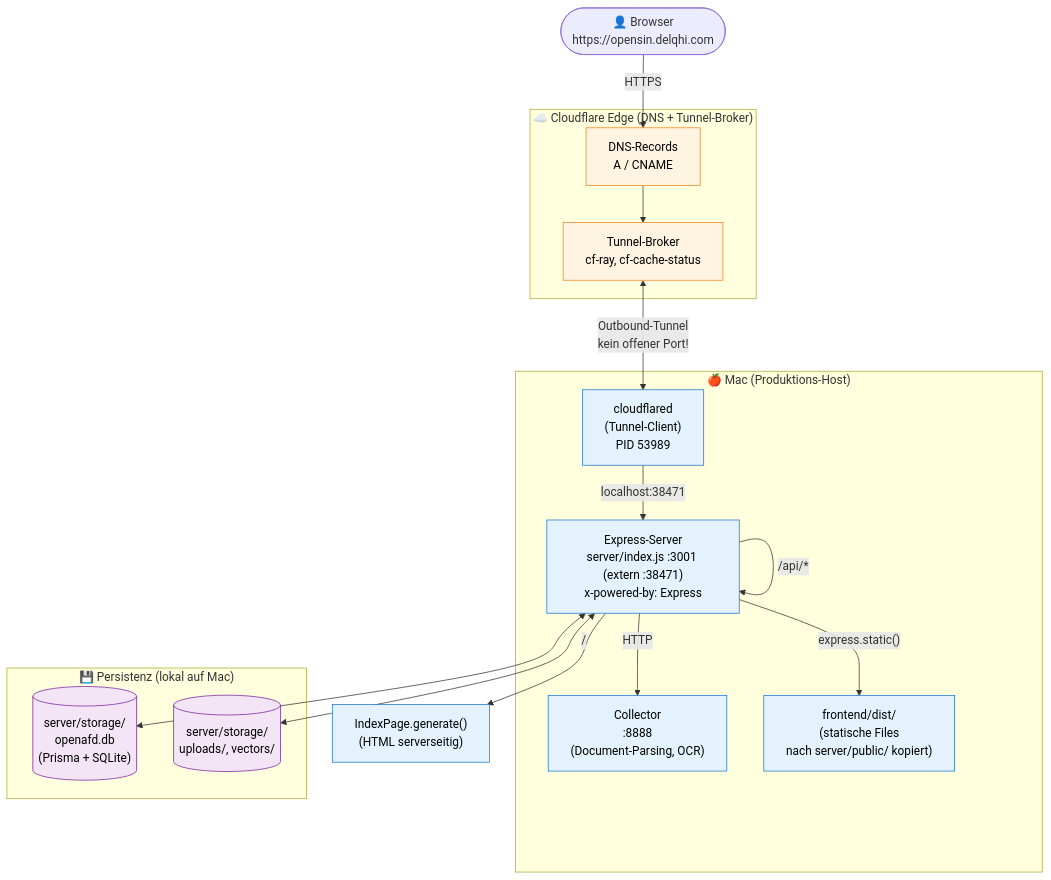
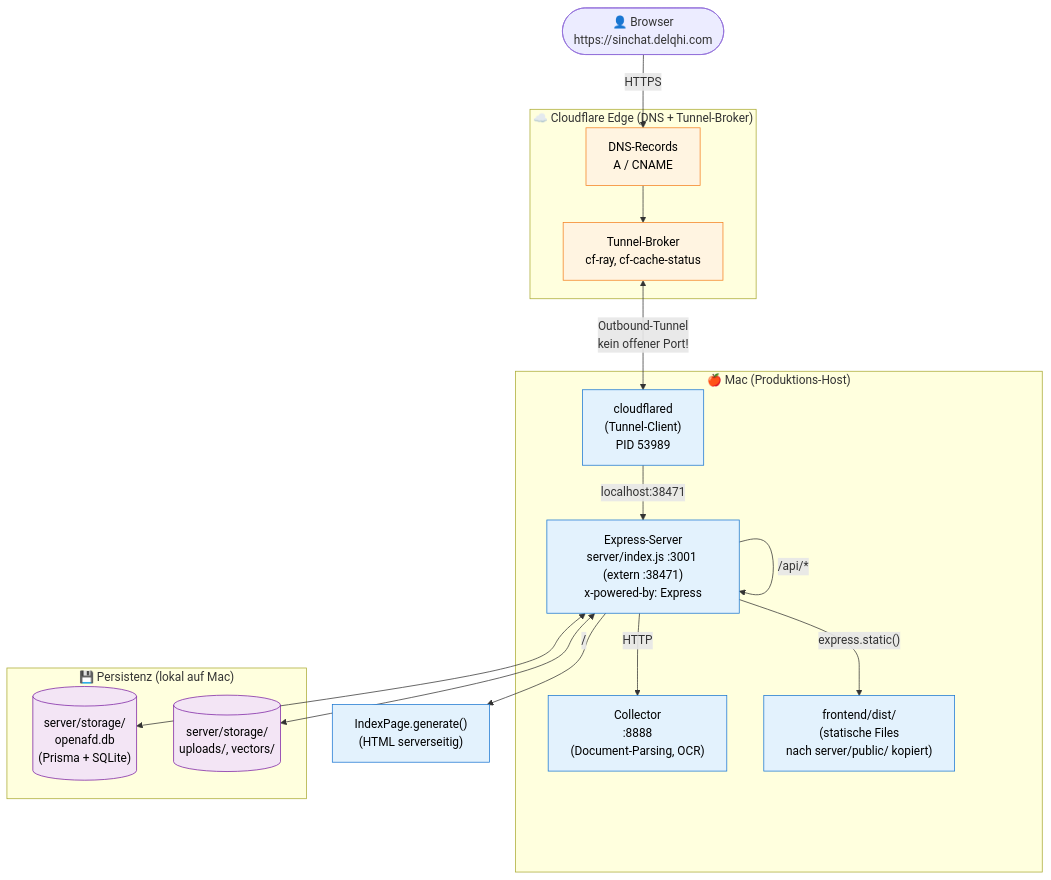
One commit to OpenSIN-AI/OpenSIN-Chat changed the diagram in README.md. Above: the diagram before and after it, drawn with Mermaid. The commit also changed other lines of this file and 33 other files, not shown here.

Commit message:
fix(links): replace dead opensin.delqhi.com URLs with sinchat.delqhi.com and in-app /docs

````diff
--- a/README.md
+++ b/README.md
@@ -251,39 +251,39 @@
 ```mermaid
 flowchart TB
-    User(["👤 Browser<br/>https://opensin.delqhi.com"])
+    User(["👤 Browser<br/>https://sinchat.delqhi.com"])
 
     subgraph Cloudflare["☁️ Cloudflare Edge (DNS + Tunnel-Broker)"]
         DNS["DNS-Records<br/>A / CNAME"]
         Tunnel["Tunnel-Broker<br/>cf-ray, cf-cache-status"]
     end
 
     subgraph Mac["🍎 Mac (Produktions-Host)"]
         Cloudflared["cloudflared<br/>(Tunnel-Client)<br/>PID 53989"]
         Express["Express-Server<br/>server/index.js :3001 (extern :38471)<br/>x-powered-by: Express"]
         Collector["Collector<br/>:8888<br/>(Document-Parsing, OCR)"]
         Frontend["frontend/dist/<br/>(statische Files<br/>nach server/public/ kopiert)"]
     end
 
     subgraph Data["💾 Persistenz (lokal auf Mac)"]
         SQLite[("server/storage/<br/>openafd.db<br/>(Prisma + SQLite)")]
         Files[("server/storage/<br/>uploads/, vectors/")]
     end
 
     User -->|HTTPS| DNS
     DNS --> Tunnel
     Tunnel <-->|Outbound-Tunnel<br/>kein offener Port!| Cloudflared
     Cloudflared -->|localhost:38471| Express
     Express -->|"/api/*"| Express
     Express -->|"/"| IndexPage["IndexPage.generate()<br/>(HTML serverseitig)"]
     Express -->|"express.static()"| Frontend
     Express -->|HTTP| Collector
     Express <--> SQLite
     Express <--> Files
 
     classDef cloud fill:#fff4e1,stroke:#f48120,color:#000
     classDef mac fill:#e3f2fd,stroke:#1976d2,color:#000
     classDef data fill:#f3e5f5,stroke:#7b1fa2,color:#000
     class DNS,Tunnel cloud
     class Cloudflared,Express,Collector,Frontend,IndexPage mac
     class SQLite,Files data
 ```
````
